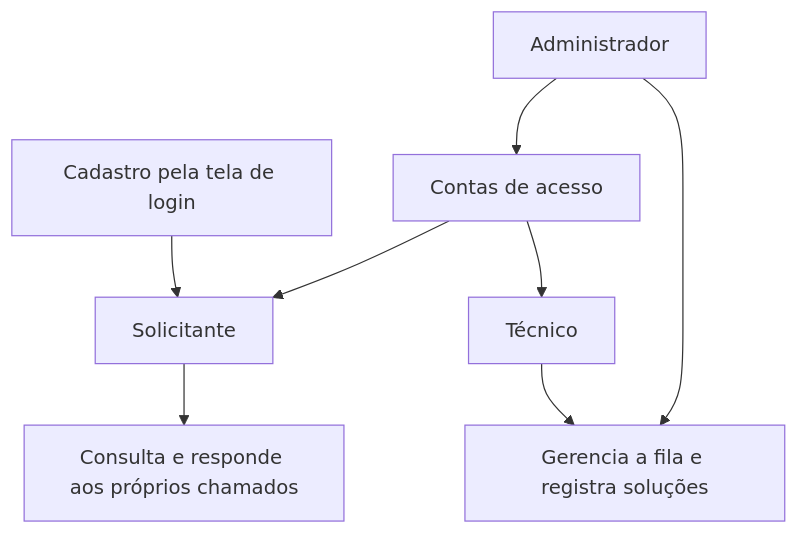
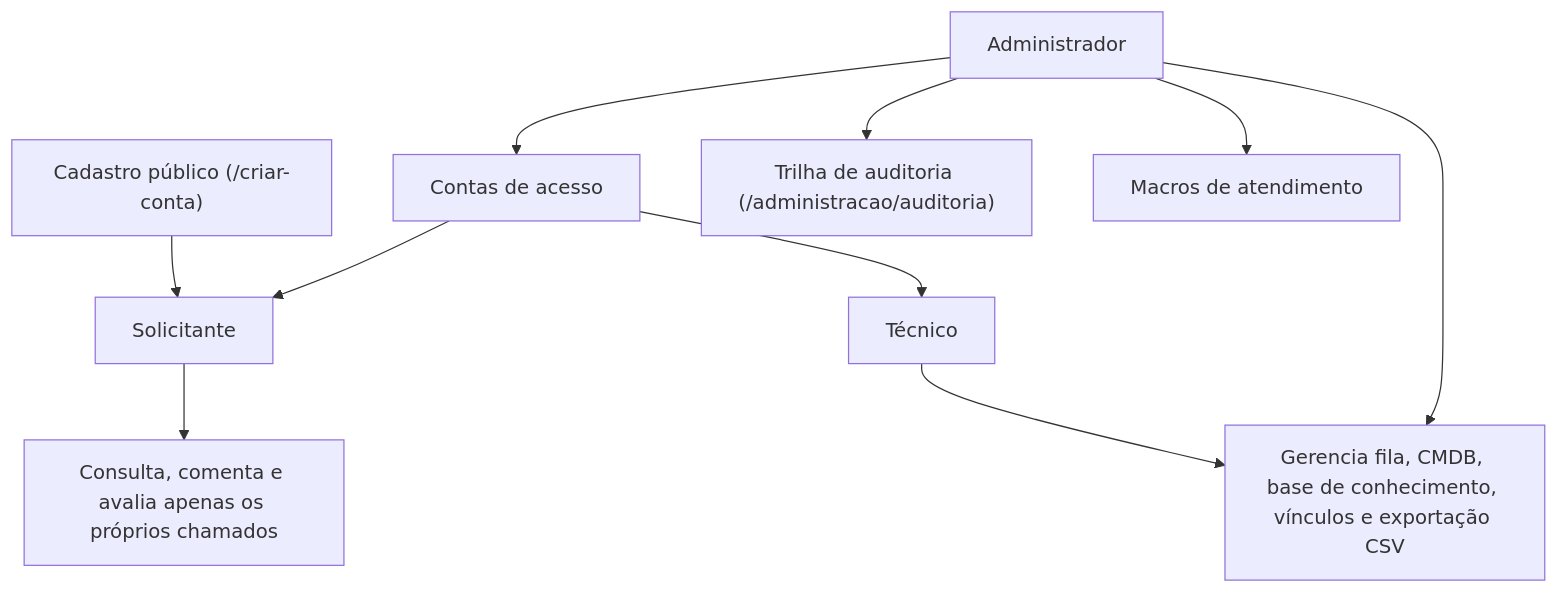
The second of 4 diagrams in docs/DIAGRAMAS.md (samu0752/sxs-ti), drawn with Mermaid before and after one commit. The commit also changed other lines of this file and 1 other file, not shown here.

Commit message:
docs: atualize os diagramas e os controles da versão 1.1.0

````diff
--- a/docs/DIAGRAMAS.md
+++ b/docs/DIAGRAMAS.md
@@ -21,10 +22,12 @@
-~~~mermaid
+```mermaid
 flowchart TD
-    Cadastro["Cadastro pela tela de login"] --> S["Solicitante"]
-    Admin["Administrador"] --> Criar["Contas de acesso"]
-    Criar --> S
-    Criar --> T["Técnico"]
-    S --> Proprios["Consulta e responde aos próprios chamados"]
-    T --> Fila["Gerencia a fila e registra soluções"]
+    Cadastro["Cadastro público (/criar-conta)"] --> S["Solicitante"]
+    Admin["Administrador"] --> Contas["Contas de acesso"]
+    Admin --> Auditoria["Trilha de auditoria (/administracao/auditoria)"]
+    Admin --> Macros["Macros de atendimento"]
+    Contas --> S
+    Contas --> T["Técnico"]
+    S --> Proprios["Consulta, comenta e avalia apenas os próprios chamados"]
+    T --> Fila["Gerencia fila, CMDB, base de conhecimento, vínculos e exportação CSV"]
     Admin --> Fila
-~~~
+```
````
